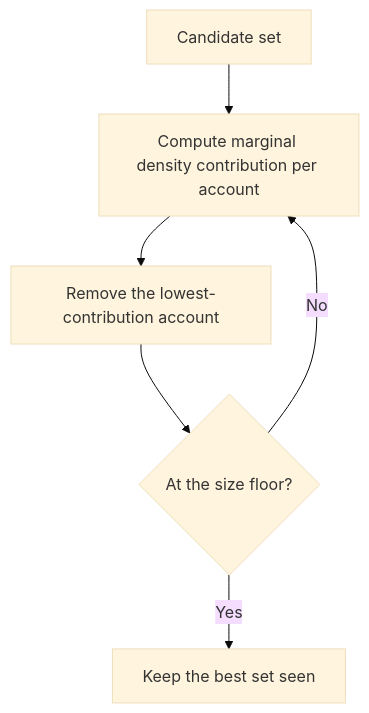
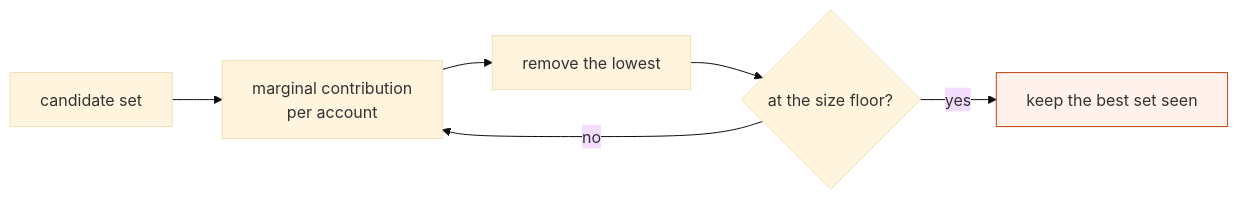
One commit to adarshcod30/Orbweaver changed the third of 3 diagrams in docs/architecture.md. Above: the diagram before and after it, drawn with Mermaid (base theme). The commit also changed other lines of this file and 13 other files, not shown here.

````diff
--- a/docs/architecture.md
+++ b/docs/architecture.md
@@ -124,8 +72,9 @@
 ```mermaid
-flowchart TD
-    A[Candidate set] --> B[Compute marginal density contribution per account]
-    B --> C[Remove the lowest-contribution account]
-    C --> D{At the size floor?}
-    D -- No --> B
-    D -- Yes --> E[Keep the best set seen]
+flowchart LR
+    A[candidate set] --> B[marginal contribution<br/>per account]
+    B --> C[remove the lowest]
+    C --> D{at the size floor?}
+    D -- no --> B
+    D -- yes --> E[keep the best set seen]
+    style E fill:#fff2ec,stroke:#c2410c
 ```
````
